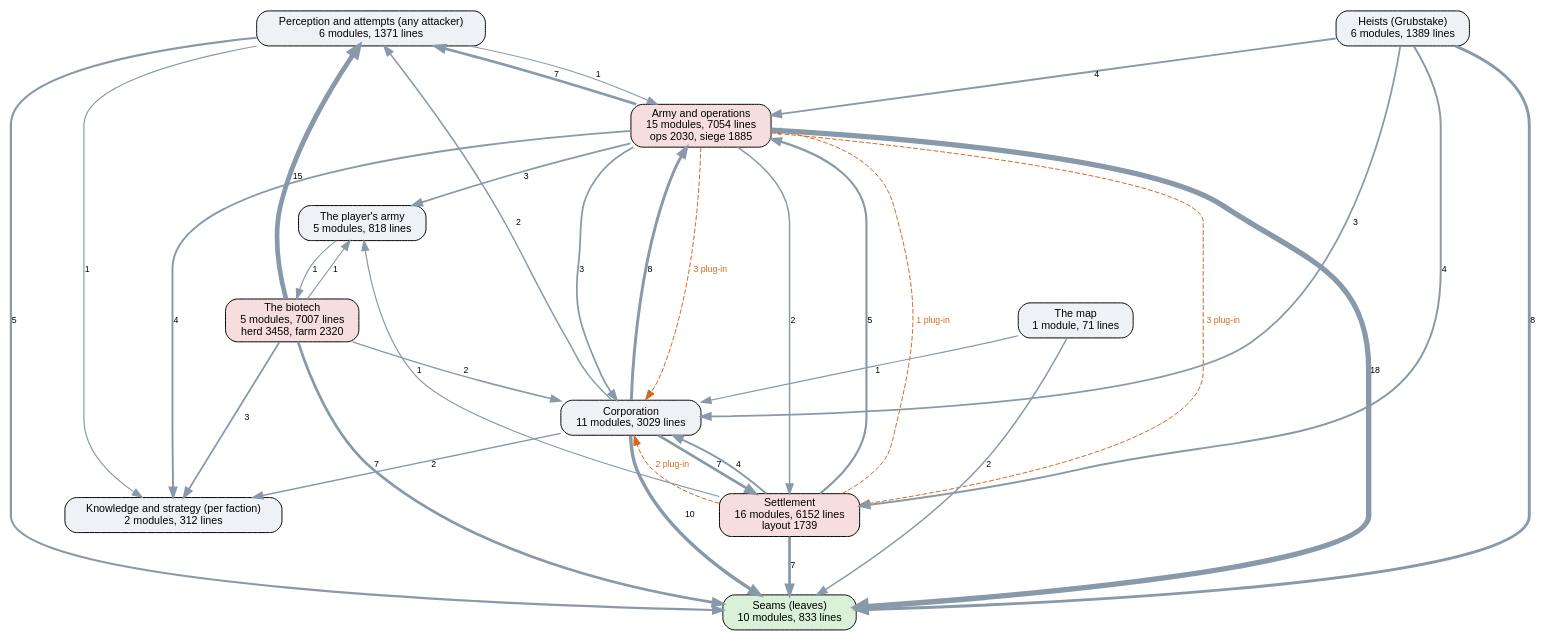
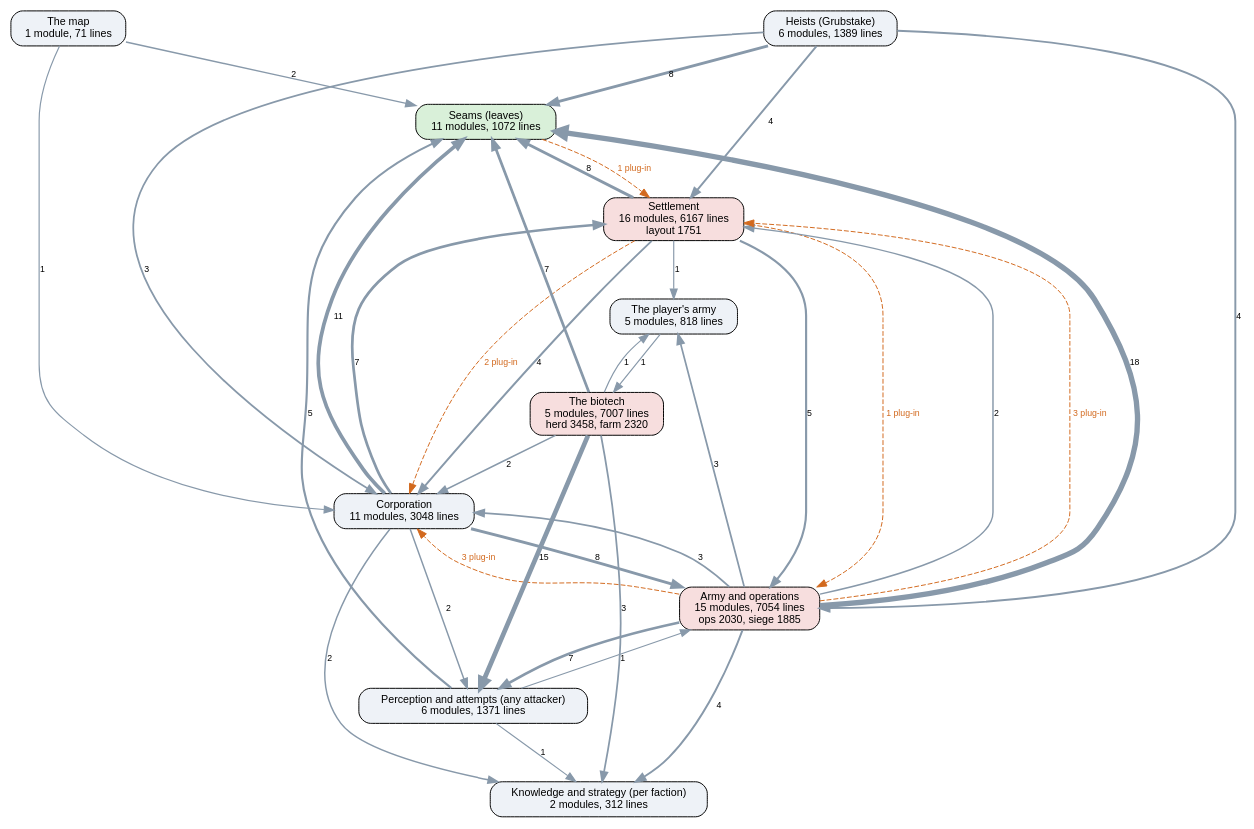
The diagram in docs/ai-layers.dot (kinelhu/landing-party), drawn with Graphviz before and after one commit. The commit also changed 19 other files, not shown here.

```diff
--- a/docs/ai-layers.dot
+++ b/docs/ai-layers.dot
@@ -1,49 +1,50 @@
 digraph layers {
   graph [rankdir=TB, fontname="Helvetica", nodesep=0.5, ranksep=0.7];
   node [shape=box, style="rounded,filled", fontname="Helvetica", fontsize=11, fillcolor="#eef2f7"];
   edge [color="#8899aa", fontname="Helvetica", fontsize=9];
-  "Seams (leaves)" [label="Seams (leaves)\n10 modules, 833 lines", fillcolor="#d9f0d9"];
+  "Seams (leaves)" [label="Seams (leaves)\n11 modules, 1072 lines", fillcolor="#d9f0d9"];
   "Perception and attempts (any attacker)" [label="Perception and attempts (any attacker)\n6 modules, 1371 lines", fillcolor="#eef2f7"];
   "Knowledge and strategy (per faction)" [label="Knowledge and strategy (per faction)\n2 modules, 312 lines", fillcolor="#eef2f7"];
-  "Corporation" [label="Corporation\n11 modules, 3029 lines", fillcolor="#eef2f7"];
-  "Settlement" [label="Settlement\n16 modules, 6152 lines\nlayout 1739", fillcolor="#f7dede"];
+  "Corporation" [label="Corporation\n11 modules, 3048 lines", fillcolor="#eef2f7"];
+  "Settlement" [label="Settlement\n16 modules, 6167 lines\nlayout 1751", fillcolor="#f7dede"];
   "Army and operations" [label="Army and operations\n15 modules, 7054 lines\nops 2030, siege 1885", fillcolor="#f7dede"];
   "Heists (Grubstake)" [label="Heists (Grubstake)\n6 modules, 1389 lines", fillcolor="#eef2f7"];
   "The biotech" [label="The biotech\n5 modules, 7007 lines\nherd 3458, farm 2320", fillcolor="#f7dede"];
   "The map" [label="The map\n1 module, 71 lines", fillcolor="#eef2f7"];
   "The player's army" [label="The player's army\n5 modules, 818 lines", fillcolor="#eef2f7"];
   "Army and operations" -> "Corporation" [label="3", penwidth=1.8];
   "Army and operations" -> "Knowledge and strategy (per faction)" [label="4", penwidth=2.0];
   "Army and operations" -> "Perception and attempts (any attacker)" [label="7", penwidth=2.8];
   "Army and operations" -> "Seams (leaves)" [label="18", penwidth=5.5];
   "Army and operations" -> "Settlement" [label="2", penwidth=1.5];
   "Army and operations" -> "The player's army" [label="3", penwidth=1.8];
   "Corporation" -> "Army and operations" [label="8", penwidth=3.0];
   "Corporation" -> "Knowledge and strategy (per faction)" [label="2", penwidth=1.5];
   "Corporation" -> "Perception and attempts (any attacker)" [label="2", penwidth=1.5];
-  "Corporation" -> "Seams (leaves)" [label="10", penwidth=3.5];
+  "Corporation" -> "Seams (leaves)" [label="11", penwidth=3.8];
   "Corporation" -> "Settlement" [label="7", penwidth=2.8];
   "Heists (Grubstake)" -> "Army and operations" [label="4", penwidth=2.0];
   "Heists (Grubstake)" -> "Corporation" [label="3", penwidth=1.8];
   "Heists (Grubstake)" -> "Seams (leaves)" [label="8", penwidth=3.0];
   "Heists (Grubstake)" -> "Settlement" [label="4", penwidth=2.0];
   "Perception and attempts (any attacker)" -> "Army and operations" [label="1", penwidth=1.2];
   "Perception and attempts (any attacker)" -> "Knowledge and strategy (per faction)" [label="1", penwidth=1.2];
   "Perception and attempts (any attacker)" -> "Seams (leaves)" [label="5", penwidth=2.2];
   "Settlement" -> "Army and operations" [label="5", penwidth=2.2];
   "Settlement" -> "Corporation" [label="4", penwidth=2.0];
-  "Settlement" -> "Seams (leaves)" [label="7", penwidth=2.8];
+  "Settlement" -> "Seams (leaves)" [label="8", penwidth=3.0];
   "Settlement" -> "The player's army" [label="1", penwidth=1.2];
   "The biotech" -> "Corporation" [label="2", penwidth=1.5];
   "The biotech" -> "Knowledge and strategy (per faction)" [label="3", penwidth=1.8];
   "The biotech" -> "Perception and attempts (any attacker)" [label="15", penwidth=4.8];
   "The biotech" -> "Seams (leaves)" [label="7", penwidth=2.8];
   "The biotech" -> "The player's army" [label="1", penwidth=1.2];
   "The map" -> "Corporation" [label="1", penwidth=1.2];
   "The map" -> "Seams (leaves)" [label="2", penwidth=1.5];
   "The player's army" -> "The biotech" [label="1", penwidth=1.2];
   "Army and operations" -> "Corporation" [style=dashed, color="#d2691e", fontcolor="#d2691e", label="3 plug-in"];
   "Army and operations" -> "Settlement" [style=dashed, color="#d2691e", fontcolor="#d2691e", label="3 plug-in"];
+  "Seams (leaves)" -> "Settlement" [style=dashed, color="#d2691e", fontcolor="#d2691e", label="1 plug-in"];
   "Settlement" -> "Army and operations" [style=dashed, color="#d2691e", fontcolor="#d2691e", label="1 plug-in"];
   "Settlement" -> "Corporation" [style=dashed, color="#d2691e", fontcolor="#d2691e", label="2 plug-in"];
 }
```
